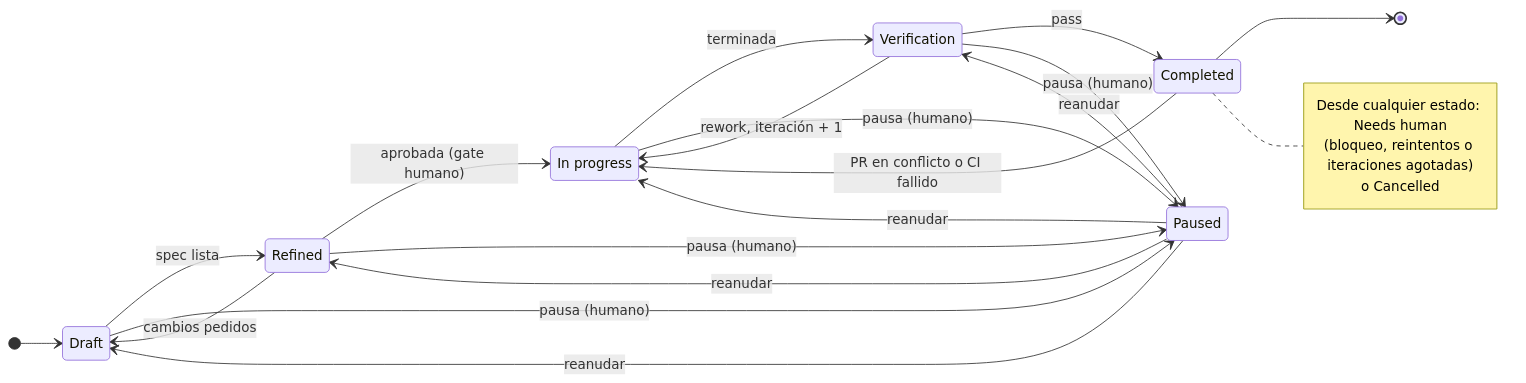
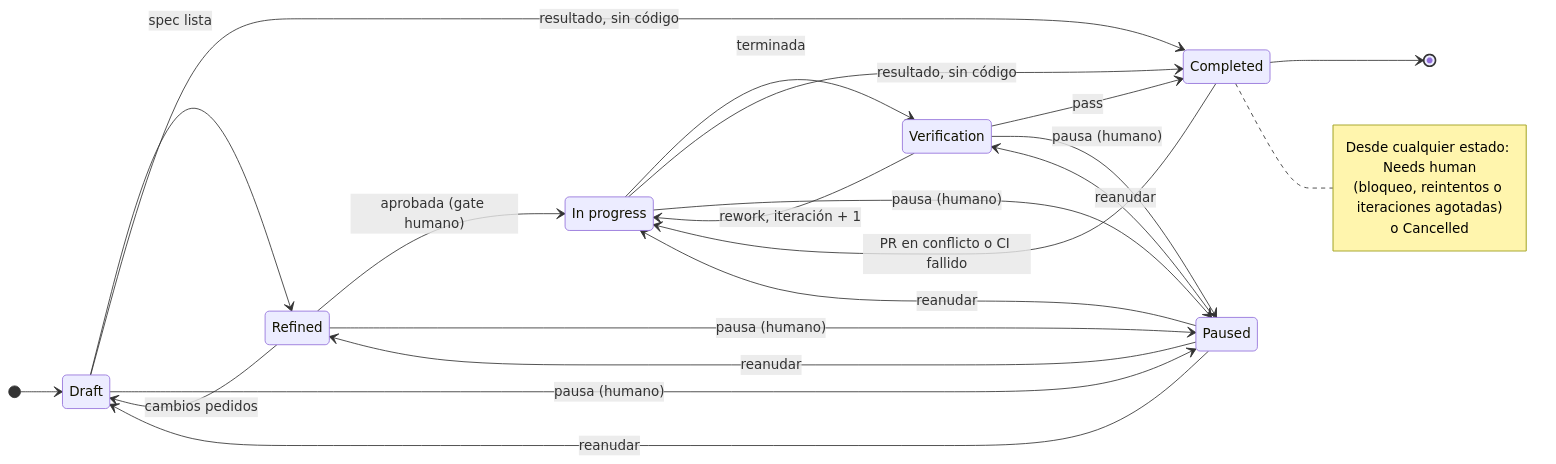
One commit to sergiowero/lunas-queue changed the first of 2 diagrams in docs/design.md. Above: the diagram before and after it, drawn with Mermaid. The commit also changed other lines of this file and 7 other files, not shown here.

````diff
--- a/docs/design.md
+++ b/docs/design.md
@@ -57,27 +58,29 @@
 ```mermaid
 stateDiagram-v2
     direction LR
     [*] --> Draft
     Draft --> Refined: spec lista
     Refined --> Draft: cambios pedidos
     Refined --> InProgress: aprobada (gate humano)
     InProgress --> Verification: terminada
     Verification --> InProgress: rework, iteración + 1
     Verification --> Completed: pass
+    Draft --> Completed: resultado, sin código
+    InProgress --> Completed: resultado, sin código
     Completed --> InProgress: PR en conflicto o CI fallido
     Completed --> [*]
     Draft --> Paused: pausa (humano)
     Refined --> Paused: pausa (humano)
     InProgress --> Paused: pausa (humano)
     Verification --> Paused: pausa (humano)
     Paused --> Draft: reanudar
     Paused --> Refined: reanudar
     Paused --> InProgress: reanudar
     Paused --> Verification: reanudar
     InProgress: In progress
     note right of Completed
         Desde cualquier estado: Needs human
         (bloqueo, reintentos o iteraciones agotadas)
         o Cancelled
     end note
 ```
````
